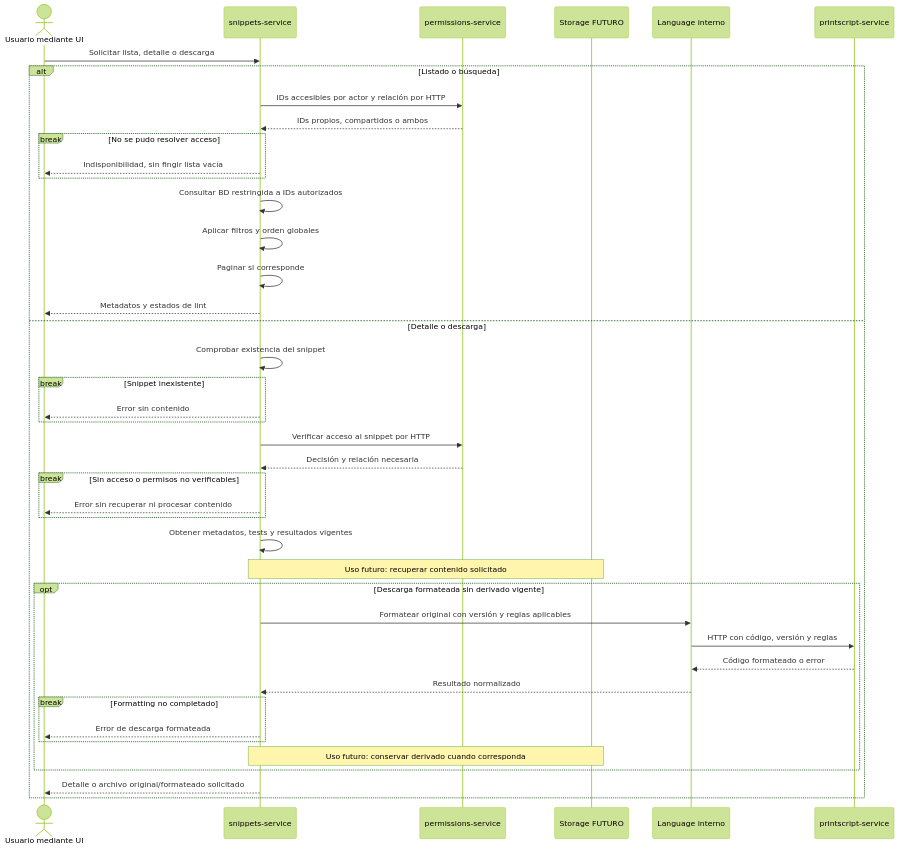
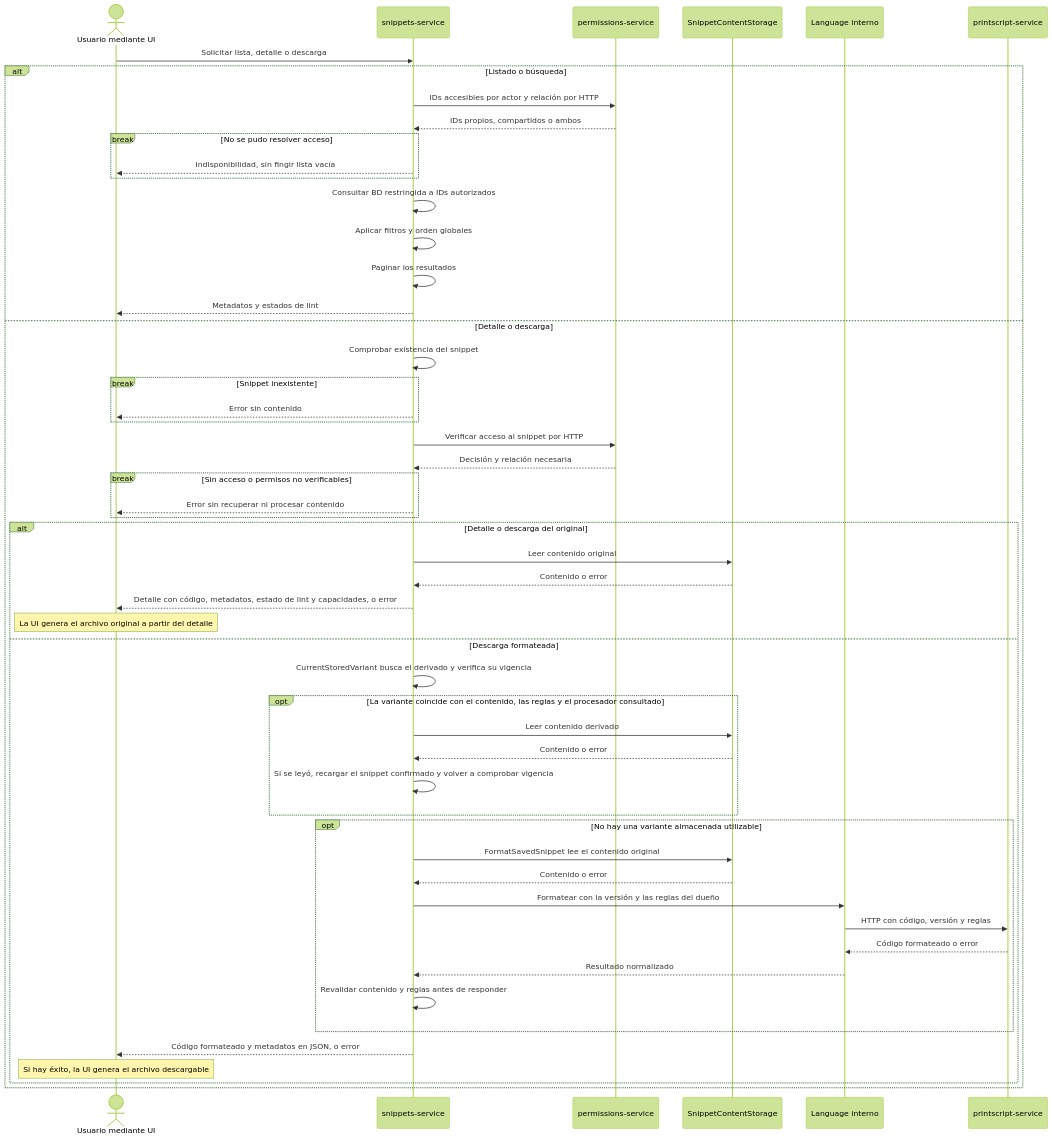
The diagram in docs/architecture/flows/read-snippets.md (JJT-INGSIS/snippet-searcher-infra), drawn with Mermaid (forest theme) before and after one commit. The commit also changed other lines of this file and 56 other files, not shown here.

````diff
--- a/docs/architecture/flows/read-snippets.md
+++ b/docs/architecture/flows/read-snippets.md
@@ -5,48 +5,57 @@
 ```mermaid
 sequenceDiagram
     actor UI as Usuario mediante UI
     participant S as snippets-service
     participant P as permissions-service
-    participant ST as Storage FUTURO
+    participant ST as SnippetContentStorage
     participant L as Language interno
     participant PS as printscript-service
 
     UI->>S: Solicitar lista, detalle o descarga
 
     alt Listado o búsqueda
         S->>P: IDs accesibles por actor y relación por HTTP
         P-->>S: IDs propios, compartidos o ambos
         break No se pudo resolver acceso
             S-->>UI: Indisponibilidad, sin fingir lista vacía
         end
         S->>S: Consultar BD restringida a IDs autorizados
         S->>S: Aplicar filtros y orden globales
-        S->>S: Paginar si corresponde
+        S->>S: Paginar los resultados
         S-->>UI: Metadatos y estados de lint
     else Detalle o descarga
         S->>S: Comprobar existencia del snippet
         break Snippet inexistente
             S-->>UI: Error sin contenido
         end
         S->>P: Verificar acceso al snippet por HTTP
         P-->>S: Decisión y relación necesaria
         break Sin acceso o permisos no verificables
             S-->>UI: Error sin recuperar ni procesar contenido
         end
-        S->>S: Obtener metadatos, tests y resultados vigentes
-        Note over S,ST: Uso futuro: recuperar contenido solicitado
-
-        opt Descarga formateada sin derivado vigente
-            S->>L: Formatear original con versión y reglas aplicables
-            L->>PS: HTTP con código, versión y reglas
-            PS-->>L: Código formateado o error
-            L-->>S: Resultado normalizado
-            break Formatting no completado
-                S-->>UI: Error de descarga formateada
+        alt Detalle o descarga del original
+            S->>ST: Leer contenido original
+            ST-->>S: Contenido o error
+            S-->>UI: Detalle con código, metadatos, estado de lint y capacidades, o error
+            Note over UI: La UI genera el archivo original a partir del detalle
+        else Descarga formateada
+            S->>S: CurrentStoredVariant busca el derivado y verifica su vigencia
+            opt La variante coincide con el contenido, las reglas y el procesador consultado
+                S->>ST: Leer contenido derivado
+                ST-->>S: Contenido o error
+                S->>S: Si se leyó, recargar el snippet confirmado y volver a comprobar vigencia
             end
-            Note over S,ST: Uso futuro: conservar derivado cuando corresponda
+            opt No hay una variante almacenada utilizable
+                S->>ST: FormatSavedSnippet lee el contenido original
+                ST-->>S: Contenido o error
+                S->>L: Formatear con la versión y las reglas del dueño
+                L->>PS: HTTP con código, versión y reglas
+                PS-->>L: Código formateado o error
+                L-->>S: Resultado normalizado
+                S->>S: Revalidar contenido y reglas antes de responder
+            end
+            S-->>UI: Código formateado y metadatos en JSON, o error
+            Note over UI: Si hay éxito, la UI genera el archivo descargable
         end
-
-        S-->>UI: Detalle o archivo original/formateado solicitado
     end
 ```
````
